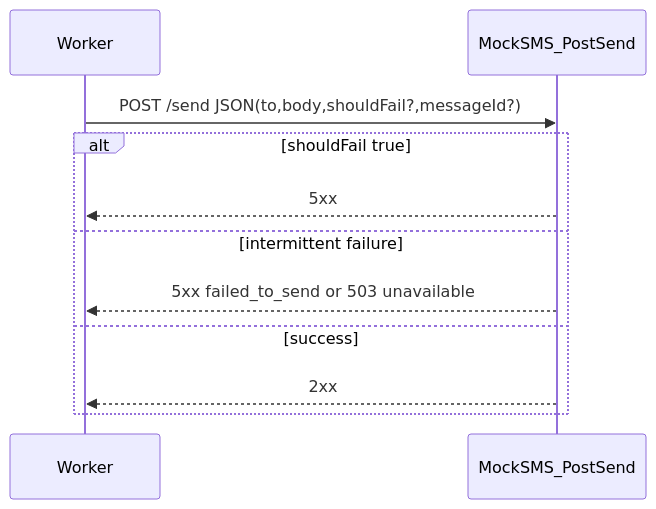
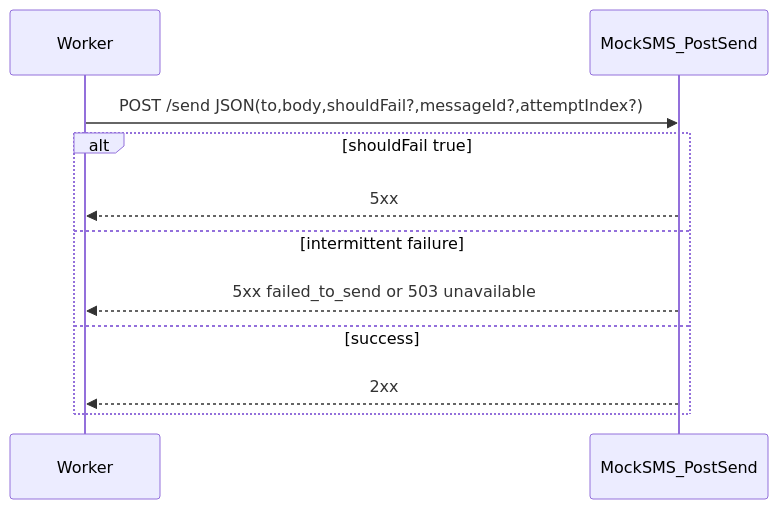
One commit to nitzanshinnies/nitzan_shinnies_inspectio_exercise changed the diagram in plans/MOCK_SMS.md. Above: the diagram before and after it, drawn with Mermaid. The commit also changed other lines of this file and 10 other files, not shown here.

````diff
--- a/plans/MOCK_SMS.md
+++ b/plans/MOCK_SMS.md
@@ -169,14 +213,14 @@
 ```mermaid
 sequenceDiagram
   participant Worker
   participant MockSMS as MockSMS_PostSend
 
-  Worker->>MockSMS: POST /send JSON(to,body,shouldFail?,messageId?)
+  Worker->>MockSMS: POST /send JSON(to,body,shouldFail?,messageId?,attemptIndex?)
   alt shouldFail true
     MockSMS-->>Worker: 5xx
   else intermittent failure
     MockSMS-->>Worker: 5xx failed_to_send or 503 unavailable
   else success
     MockSMS-->>Worker: 2xx
   end
 ```
````
